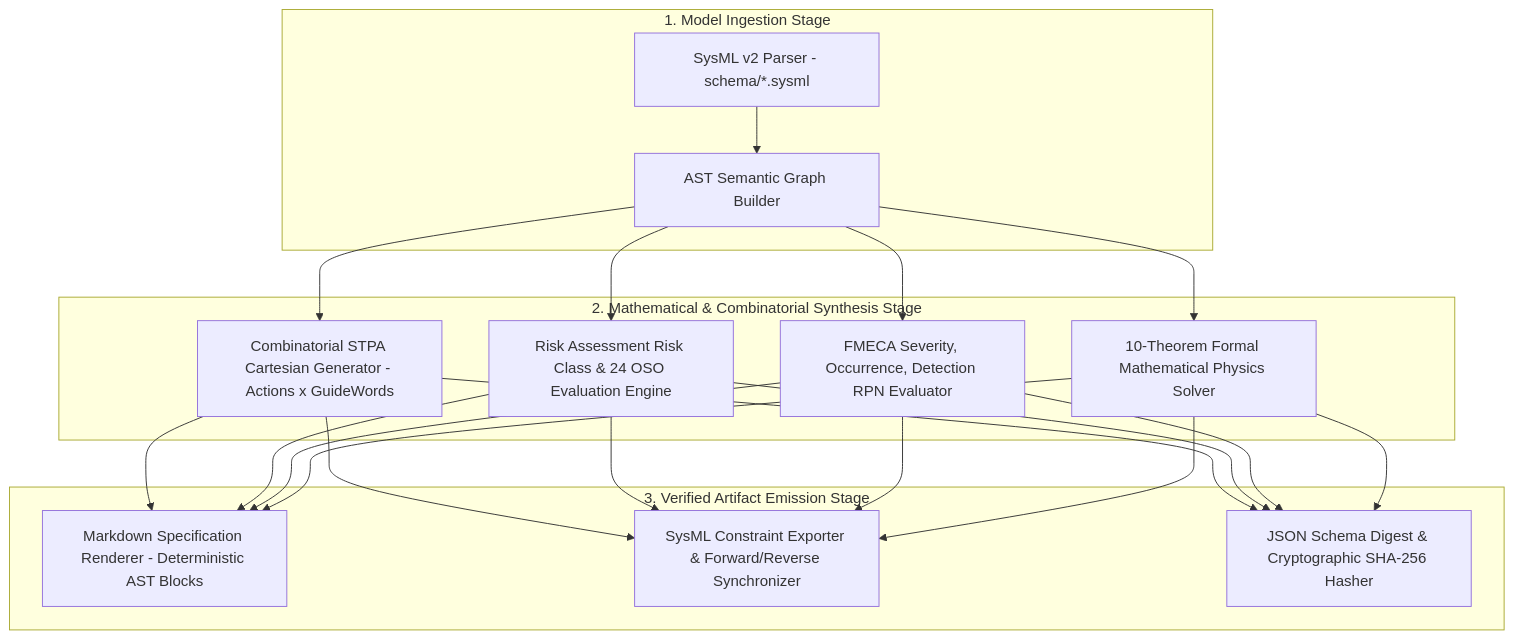
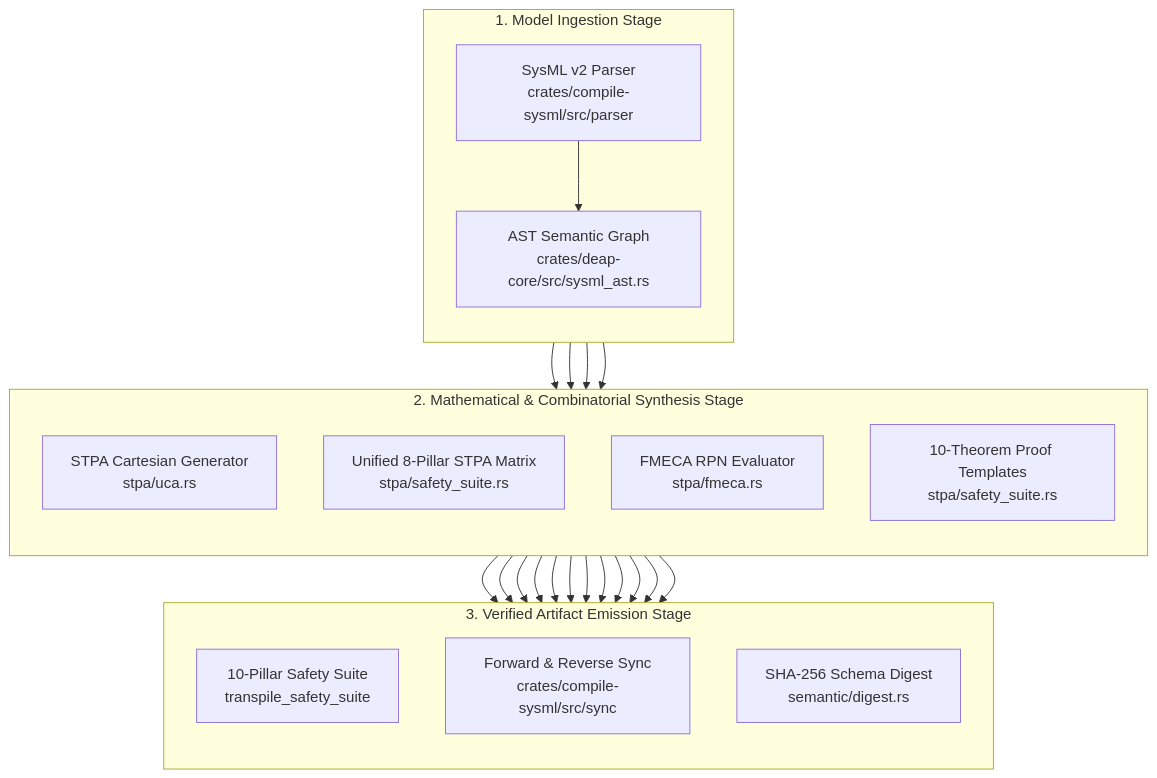
One commit to gintatkinson/DEAP01-spec-core changed the tenth of 11 diagrams in docs/architecture/blueprints/DEAP_DETERMINISTIC_SAFETY_SPECIFICATION_COMPILER_BLUEPRINT.md. Above: the diagram before and after it, drawn with Mermaid. The commit also changed other lines of this file and 28 other files, not shown here.

Commit message:
feat(verify-baseline,deap-core,compile-sysml): implement Option C blueprint capabilities and Check 37 blueprint grounding gate

````diff
--- a/docs/architecture/blueprints/DEAP_DETERMINISTIC_SAFETY_SPECIFICATION_COMPILER_BLUEPRINT.md
+++ b/docs/architecture/blueprints/DEAP_DETERMINISTIC_SAFETY_SPECIFICATION_COMPILER_BLUEPRINT.md
@@ -1275,22 +1289,25 @@
 ```mermaid
 flowchart TD
     subgraph "1. Model Ingestion Stage"
-        A1["SysML v2 Parser - schema/*.sysml"] --> A2["AST Semantic Graph Builder"]
+        direction TB
+        A1["SysML v2 Parser<br/>crates/compile-sysml/src/parser"] --> A2["AST Semantic Graph<br/>crates/deap-core/src/sysml_ast.rs"]
     end
 
     subgraph "2. Mathematical & Combinatorial Synthesis Stage"
-        B1["Combinatorial STPA Cartesian Generator - Actions x GuideWords"]
-        B2["Risk Assessment Risk Class & 24 OSO Evaluation Engine"]
-        B3["FMECA Severity, Occurrence, Detection RPN Evaluator"]
-        B4["10-Theorem Formal Mathematical Physics Solver"]
+        direction TB
+        B1["STPA Cartesian Generator<br/>stpa/uca.rs"]
+        B2["Unified 8-Pillar STPA Matrix<br/>stpa/safety_suite.rs"]
+        B3["FMECA RPN Evaluator<br/>stpa/fmeca.rs"]
+        B4["10-Theorem Proof Templates<br/>stpa/safety_suite.rs"]
     end
 
     subgraph "3. Verified Artifact Emission Stage"
-        C1["Markdown Specification Renderer - Deterministic AST Blocks"]
-        C2["SysML Constraint Exporter & Forward/Reverse Synchronizer"]
-        C3["JSON Schema Digest & Cryptographic SHA-256 Hasher"]
+        direction TB
+        C1["10-Pillar Safety Suite<br/>transpile_safety_suite"]
+        C2["Forward & Reverse Sync<br/>crates/compile-sysml/src/sync"]
+        C3["SHA-256 Schema Digest<br/>semantic/digest.rs"]
     end
 
     A2 --> B1 & B2 & B3 & B4
     B1 & B2 & B3 & B4 --> C1 & C2 & C3
 ```
````
